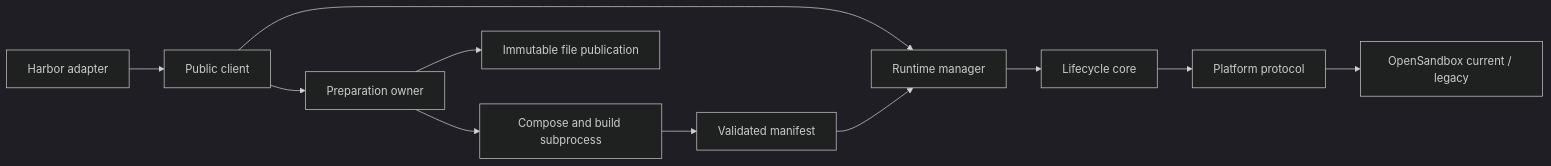
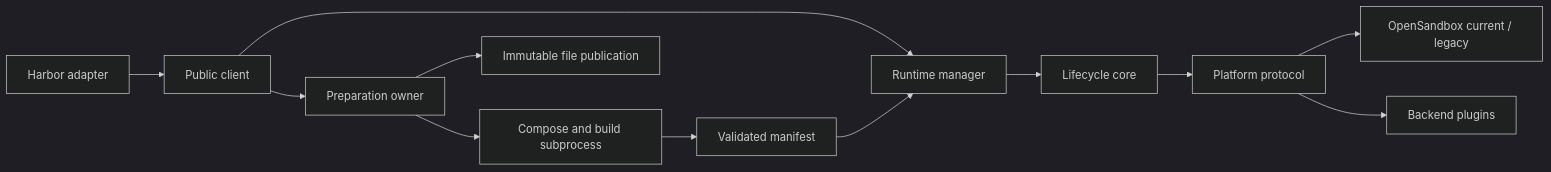
One commit to matrix72c/flotilla changed the diagram in docs/Architecture.md. Above: the diagram before and after it, drawn with Mermaid (dark theme). The commit also changed other lines of this file and 9 other files, not shown here.

````diff
--- a/docs/Architecture.md
+++ b/docs/Architecture.md
@@ -23,13 +23,14 @@
 ```mermaid
 flowchart LR
     API[Public client] --> Prep[Preparation owner]
     Prep --> Build[Compose and build subprocess]
     Build --> IPC[Validated manifest]
     Prep --> Publish[Immutable file publication]
     API --> Manager[Runtime manager]
     IPC --> Manager
     Manager --> Core[Lifecycle core]
     Core --> Platform[Platform protocol]
     Platform --> Backend[OpenSandbox current / legacy]
+    Platform --> Plugin[Backend plugins]
     Harbor[Harbor adapter] --> API
 ```
````
